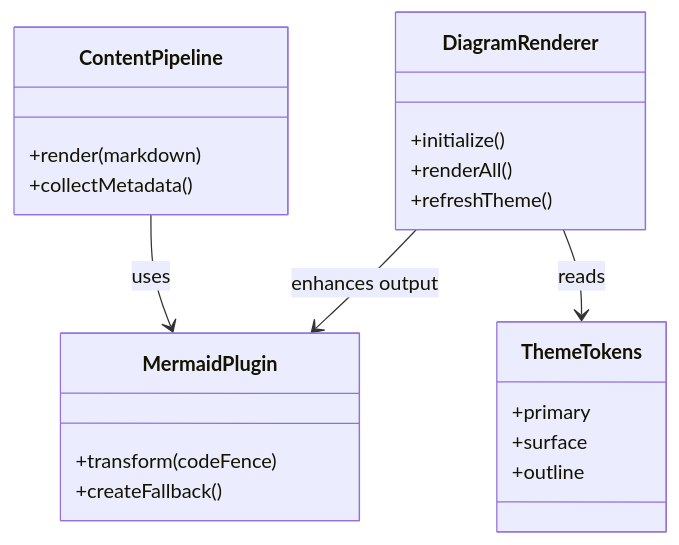
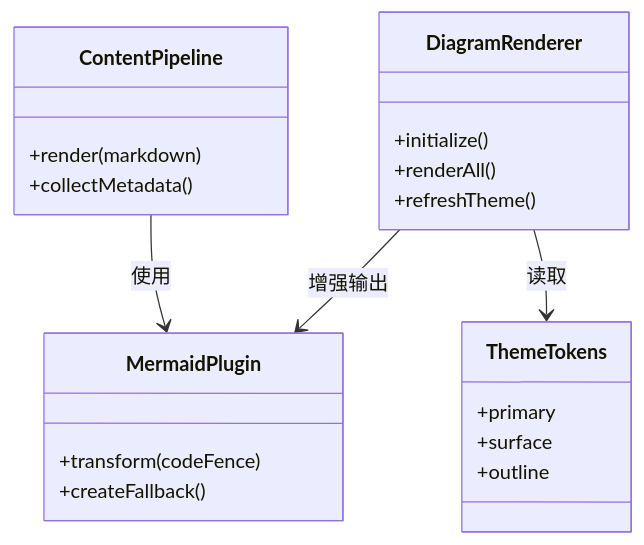
The fourth of 14 diagrams in nuxt4/content/posts/markdown-mermaid.md (ynx-official/Shirone), drawn with Mermaid before and after one commit. The commit also changed other lines of this file and 99 other files, not shown here.

````diff
--- a/nuxt4/content/posts/markdown-mermaid.md
+++ b/nuxt4/content/posts/markdown-mermaid.md
@@ -91,26 +86,26 @@
 ```mermaid
 classDiagram
-    accTitle: Markdown rendering modules
-    accDescr: The content pipeline uses a Mermaid plugin to create fallback markup, which the client renderer later enhances into an SVG.
+    accTitle: 类图示例
+    accDescr: 使用类图说明博客中的信息关系与工作过程。
     class ContentPipeline {
         +render(markdown)
         +collectMetadata()
     }
     class MermaidPlugin {
         +transform(codeFence)
         +createFallback()
     }
     class DiagramRenderer {
         +initialize()
         +renderAll()
         +refreshTheme()
     }
     class ThemeTokens {
         +primary
         +surface
         +outline
     }
-    ContentPipeline --> MermaidPlugin : uses
-    DiagramRenderer --> MermaidPlugin : enhances output
-    DiagramRenderer --> ThemeTokens : reads
+    ContentPipeline --> MermaidPlugin : 使用
+    DiagramRenderer --> MermaidPlugin : 增强输出
+    DiagramRenderer --> ThemeTokens : 读取
 ```
````
